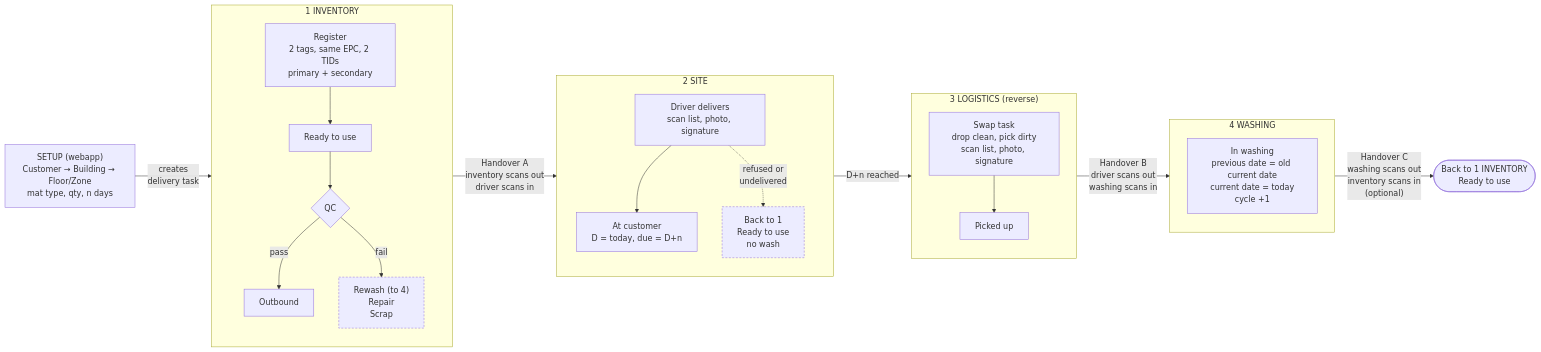
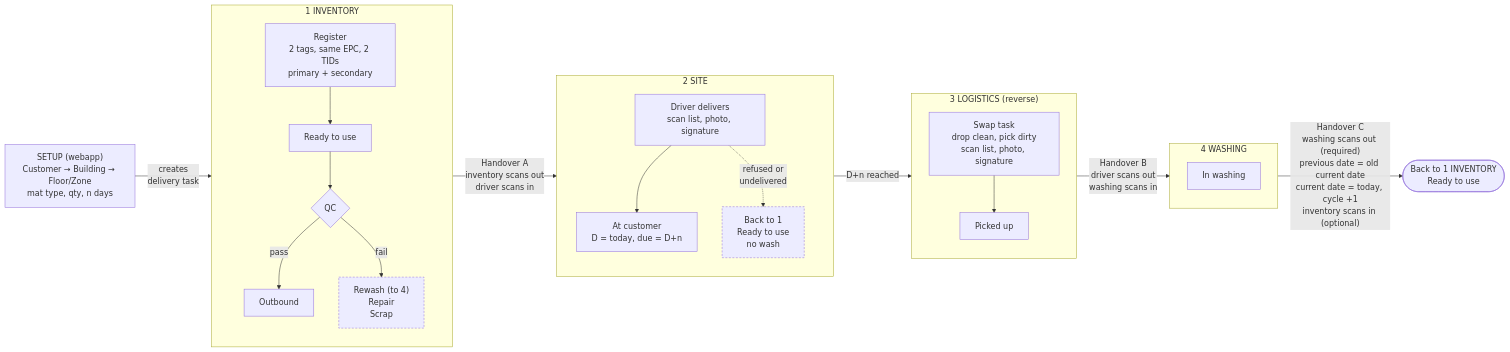
One commit to Naveenrawat-max/laundry-poc changed the diagram in FLOW.md. Above: the diagram before and after it, drawn with Mermaid. The commit also changed other lines of this file and 5 other files, not shown here.

````diff
--- a/FLOW.md
+++ b/FLOW.md
@@ -12,38 +14,38 @@
 ```mermaid
 flowchart LR
     SETUP["SETUP (webapp)<br/>Customer → Building → Floor/Zone<br/>mat type, qty, n days"]
 
     subgraph INV["1 INVENTORY"]
         direction TB
         REG["Register<br/>2 tags, same EPC, 2 TIDs<br/>primary + secondary"] --> READY["Ready to use"]
         READY --> QC{"QC"}
         QC -- pass --> OUT["Outbound"]
         QC -- fail --> FIX["Rewash (to 4)<br/>Repair<br/>Scrap"]:::side
     end
 
     subgraph SITE["2 SITE"]
         direction TB
         DEL["Driver delivers<br/>scan list, photo, signature"] --> ATC["At customer<br/>D = today, due = D+n"]
         DEL -. "refused or<br/>undelivered" .-> REF["Back to 1<br/>Ready to use<br/>no wash"]:::side
     end
 
     subgraph LOG["3 LOGISTICS (reverse)"]
         direction TB
         SWAP["Swap task<br/>drop clean, pick dirty<br/>scan list, photo, signature"] --> PICKED["Picked up"]
     end
 
     subgraph WASH["4 WASHING"]
         direction TB
-        INW["In washing<br/>previous date = old current date<br/>current date = today<br/>cycle +1"]
+        INW["In washing"]
     end
 
     BACK(["Back to 1 INVENTORY<br/>Ready to use"])
 
     SETUP -- "creates<br/>delivery task" --> INV
     INV -- "Handover A<br/>inventory scans out<br/>driver scans in" --> SITE
     SITE -- "D+n reached" --> LOG
     LOG -- "Handover B<br/>driver scans out<br/>washing scans in" --> WASH
-    WASH -- "Handover C<br/>washing scans out<br/>inventory scans in<br/>(optional)" --> BACK
+    WASH -- "Handover C<br/>washing scans out (required)<br/>previous date = old current date<br/>current date = today, cycle +1<br/>inventory scans in (optional)" --> BACK
 
     classDef side stroke-dasharray:4 3
 ```
````
